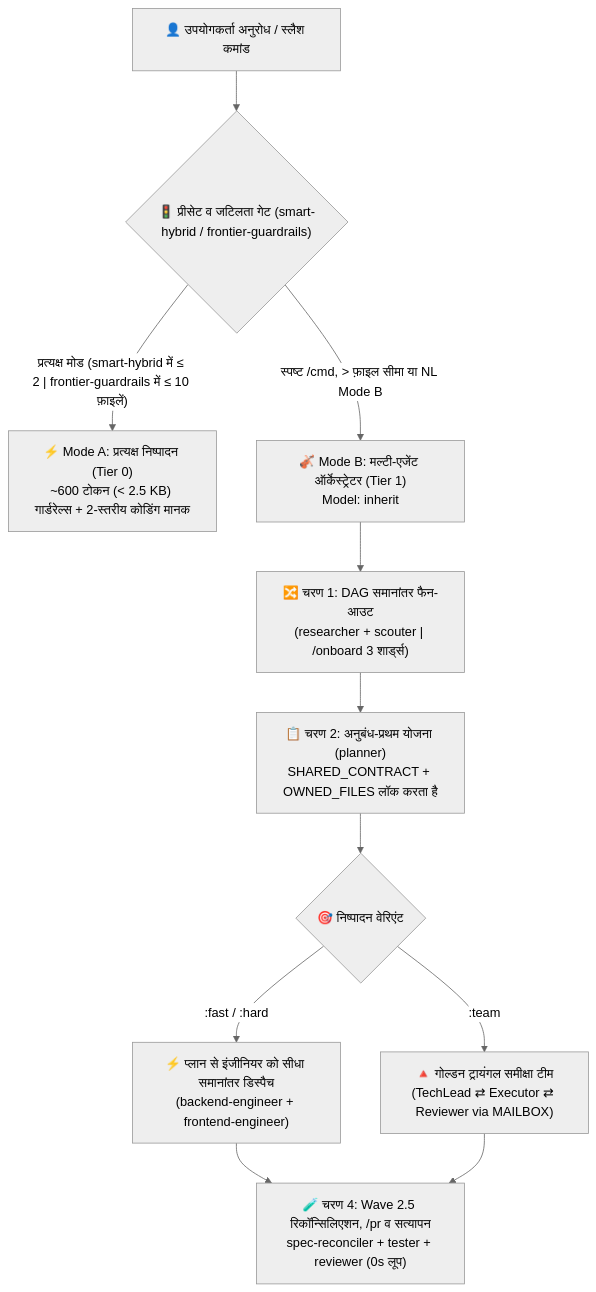
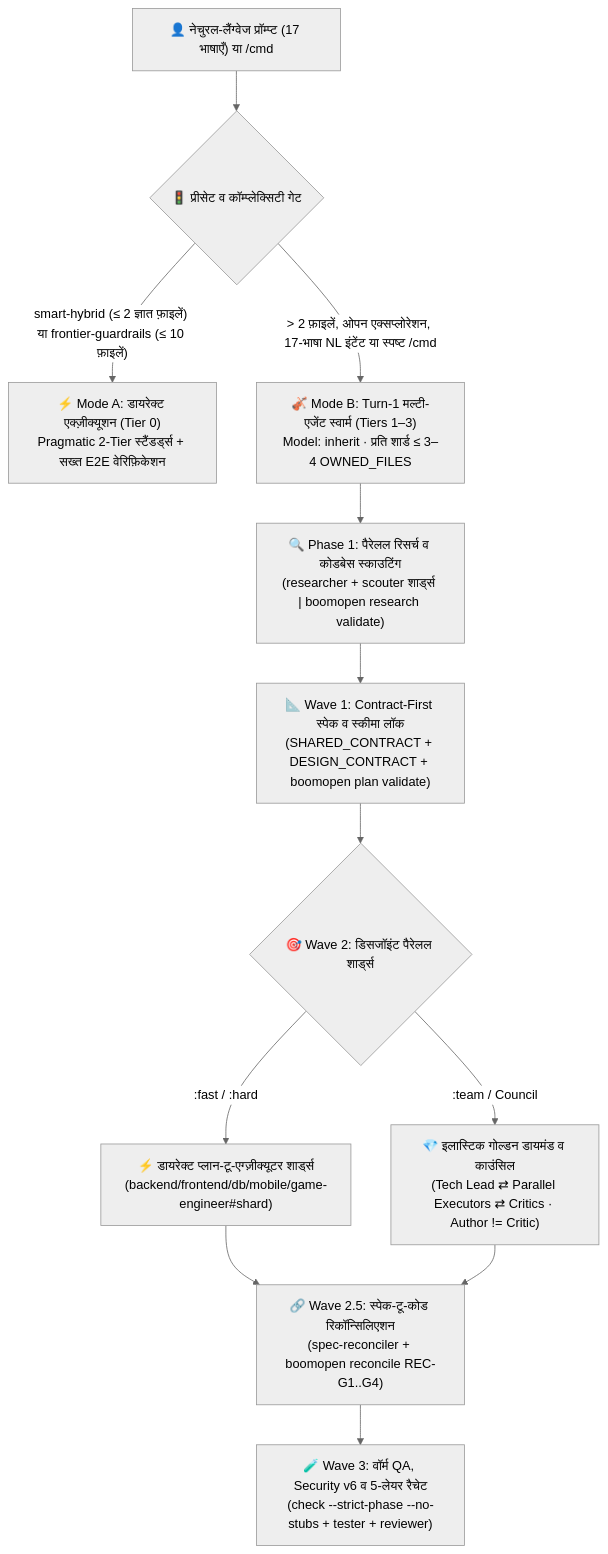
Before and after one commit to Kennyboom/BoomOpen-Workflow-Kit-Pro: the diagram in i18n/README.hi.md, drawn with Mermaid (neutral theme). The commit also changed other lines of this file and 21 other files, not shown here.

````diff
--- a/i18n/README.hi.md
+++ b/i18n/README.hi.md
@@ -60,16 +94,17 @@
 ```mermaid
 flowchart TD
-    User["👤 उपयोगकर्ता अनुरोध / स्लैश कमांड"] --> Gate{"🚦 प्रीसेट व जटिलता गेट (smart-hybrid / frontier-guardrails)"}
-    Gate -->|"प्रत्यक्ष मोड (smart-hybrid में ≤ 2 | frontier-guardrails में ≤ 10 फ़ाइलें)"| ModeA["⚡ Mode A: प्रत्यक्ष निष्पादन (Tier 0)<br/>~600 टोकन (< 2.5 KB) गार्डरेल्स + 2-स्तरीय कोडिंग मानक"]
-    Gate -->|"स्पष्ट /cmd, > फ़ाइल सीमा या NL Mode B"| ModeB["🎻 Mode B: मल्टी-एजेंट ऑर्केस्ट्रेटर (Tier 1)<br/>Model: inherit"]
+    User["👤 नेचुरल-लैंग्वेज प्रॉम्प्ट (17 भाषाएँ) या /cmd"] --> Gate{"🚦 प्रीसेट व कॉम्प्लेक्सिटी गेट"}
+    Gate -->|"smart-hybrid (≤ 2 ज्ञात फ़ाइलें) या frontier-guardrails (≤ 10 फ़ाइलें)"| ModeA["⚡ Mode A: डायरेक्ट एक्ज़ीक्यूशन (Tier 0)<br/>Pragmatic 2-Tier स्टैंडर्ड्स + सख्त E2E वेरिफ़िकेशन"]
+    Gate -->|"> 2 फ़ाइलें, ओपन एक्सप्लोरेशन, 17-भाषा NL इंटेंट या स्पष्ट /cmd"| ModeB["🎻 Mode B: Turn-1 मल्टी-एजेंट स्वार्म (Tiers 1–3)<br/>Model: inherit · प्रति शार्ड ≤ 3–4 OWNED_FILES"]
 
-    ModeB --> FanOut["🔀 चरण 1: DAG समानांतर फैन-आउट<br/>(researcher + scouter | /onboard 3 शार्ड्स)"]
-    FanOut --> Plan["📋 चरण 2: अनुबंध-प्रथम योजना (planner)<br/>SHARED_CONTRACT + OWNED_FILES लॉक करता है"]
-    Plan --> Dispatch{"🎯 निष्पादन वेरिएंट"}
+    ModeB --> Wave0["🔍 Phase 1: पैरेलल रिसर्च व कोडबेस स्काउटिंग<br/>(researcher + scouter शार्ड्स | boomopen research validate)"]
+    Wave0 --> Wave1["📐 Wave 1: Contract-First स्पेक व स्कीमा लॉक<br/>(SHARED_CONTRACT + DESIGN_CONTRACT + boomopen plan validate)"]
+    Wave1 --> Wave2{"🎯 Wave 2: डिसजॉइंट पैरेलल शार्ड्स"}
 
-    Dispatch -->|":fast / :hard"| Direct["⚡ प्लान से इंजीनियर को सीधा समानांतर डिस्पैच<br/>(backend-engineer + frontend-engineer)"]
-    Dispatch -->|":team"| Triangle["🔺 गोल्डन ट्रायंगल समीक्षा टीम<br/>(TechLead ⇄ Executor ⇄ Reviewer via MAILBOX)"]
+    Wave2 -->|":fast / :hard"| Direct["⚡ डायरेक्ट प्लान-टू-एग्ज़ीक्यूटर शार्ड्स<br/>(backend/frontend/db/mobile/game-engineer#shard)"]
+    Wave2 -->|":team / Council"| Diamond["💎 इलास्टिक गोल्डन डायमंड व काउंसिल<br/>(Tech Lead ⇄ Parallel Executors ⇄ Critics · Author != Critic)"]
 
-    Direct --> Verify["🧪 चरण 4: Wave 2.5 रिकॉन्सिलिएशन, /pr व सत्यापन<br/>spec-reconciler + tester + reviewer (0s लूप)"]
-    Triangle --> Verify
+    Direct --> Wave25["🔗 Wave 2.5: स्पेक-टू-कोड रिकॉन्सिलिएशन<br/>(spec-reconciler + boomopen reconcile REC-G1..G4)"]
+    Diamond --> Wave25
+    Wave25 --> Wave3["🧪 Wave 3: वॉर्म QA, Security v6 व 5-लेयर रैचेट<br/>(check --strict-phase --no-stubs + tester + reviewer)"]
 ```
````
